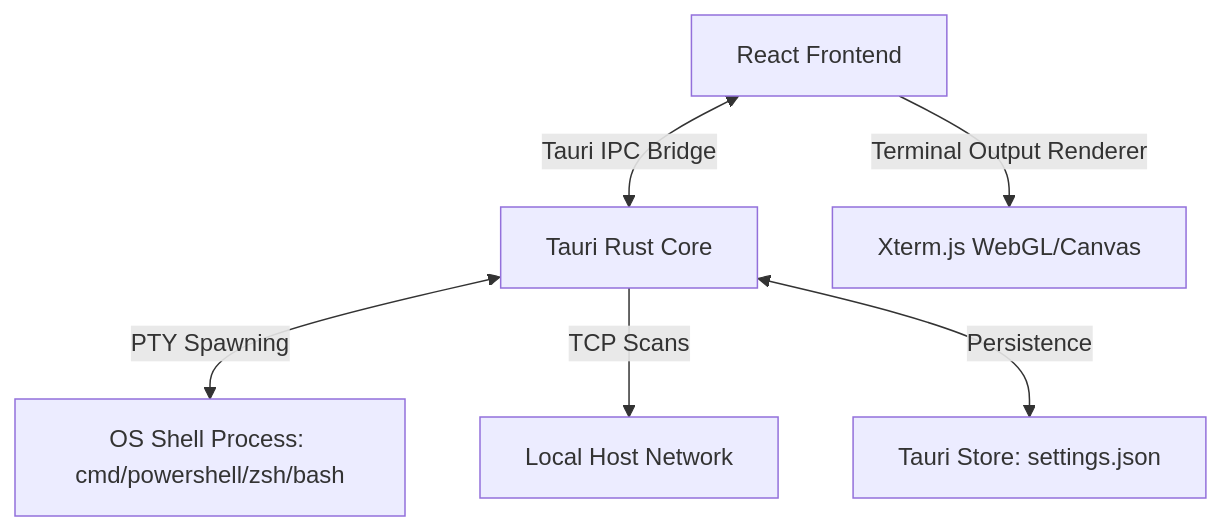
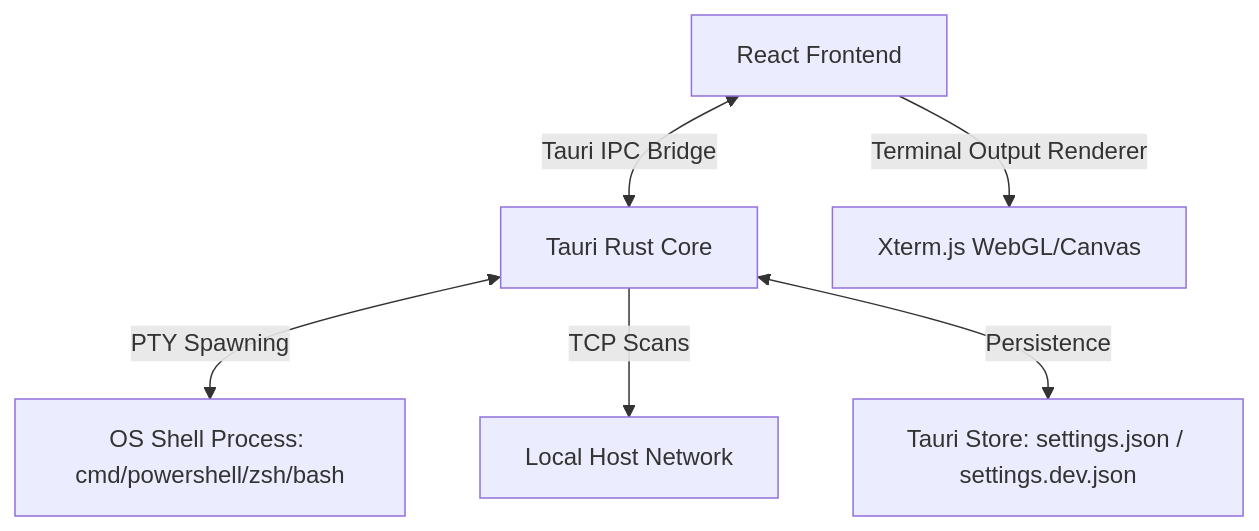
Before and after one commit to icodecedd/cortex-space: the diagram in context/general/architecture.md, drawn with Mermaid. The commit also changed other lines of this file and 17 other files, not shown here.

````diff
--- a/context/general/architecture.md
+++ b/context/general/architecture.md
@@ -9,8 +9,8 @@
 ```mermaid
 graph TD
     A[React Frontend] <-->|Tauri IPC Bridge| B[Tauri Rust Core]
     A -->|Terminal Output Renderer| C[Xterm.js WebGL/Canvas]
     B <-->|PTY Spawning| D[OS Shell Process: cmd/powershell/zsh/bash]
     B -->|TCP Scans| E[Local Host Network]
-    B <-->|Persistence| F[Tauri Store: settings.json]
+    B <-->|Persistence| F[Tauri Store: settings.json / settings.dev.json]
 ```
````
